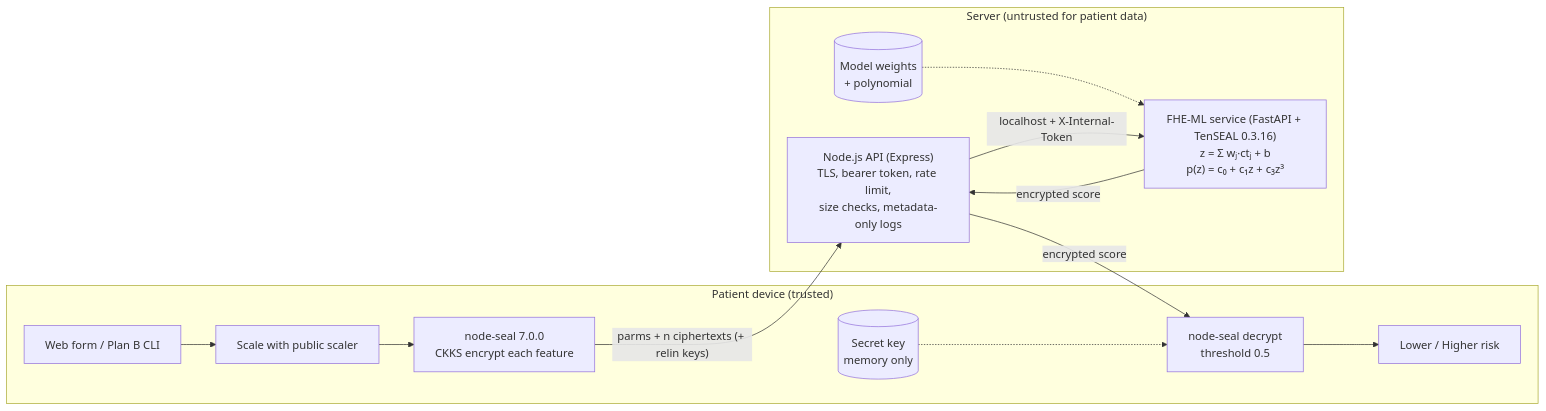
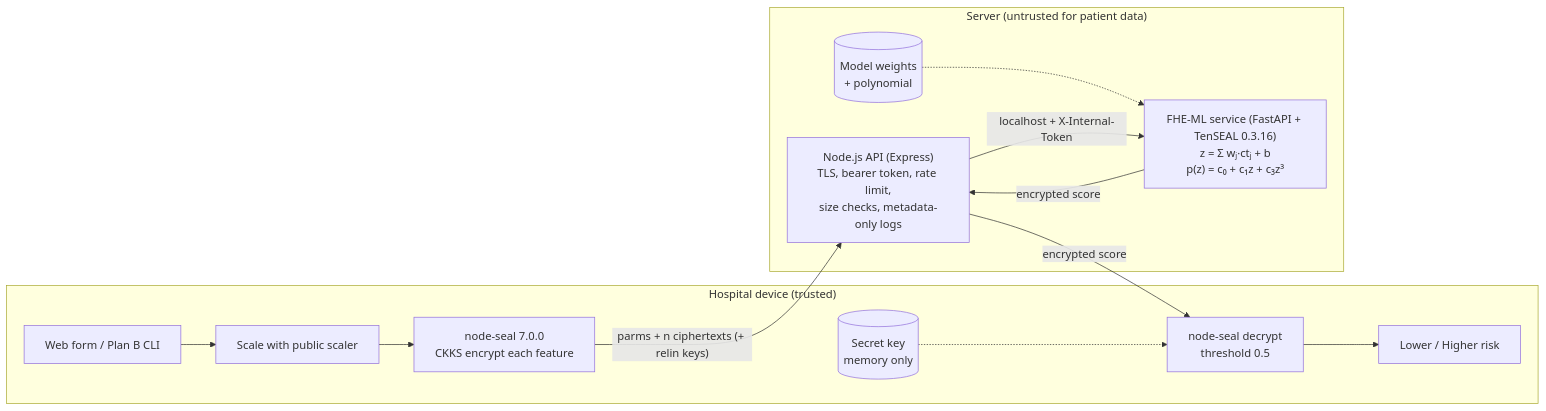
One commit to Saeed-60307149/fhe-heart-risk changed the first of 3 diagrams in design/diagrams/architecture.md. Above: the diagram before and after it, drawn with Mermaid. The commit also changed other lines of this file and 44 other files, not shown here.

````diff
--- a/design/diagrams/architecture.md
+++ b/design/diagrams/architecture.md
@@ -5,18 +7,18 @@
 ```mermaid
 flowchart LR
-  subgraph Client["Patient device (trusted)"]
+  subgraph Client["Hospital device (trusted)"]
     F[Web form / Plan B CLI] --> S[Scale with public scaler]
     S --> E["node-seal 7.0.0<br/>CKKS encrypt each feature"]
     K[(Secret key<br/>memory only)] -.-> D
     D["node-seal decrypt<br/>threshold 0.5"] --> R[Lower / Higher risk]
   end
   subgraph Server["Server (untrusted for patient data)"]
     A["Node.js API (Express)<br/>TLS, bearer token, rate limit,<br/>size checks, metadata-only logs"]
     M["FHE-ML service (FastAPI + TenSEAL 0.3.16)<br/>z = Σ wⱼ·ctⱼ + b<br/>p(z) = c₀ + c₁z + c₃z³"]
     W[(Model weights<br/>+ polynomial)] -.-> M
   end
   E -- "parms + n ciphertexts (+ relin keys)" --> A
   A -- "localhost + X-Internal-Token" --> M
   M -- "encrypted score" --> A
   A -- "encrypted score" --> D
 ```
````
